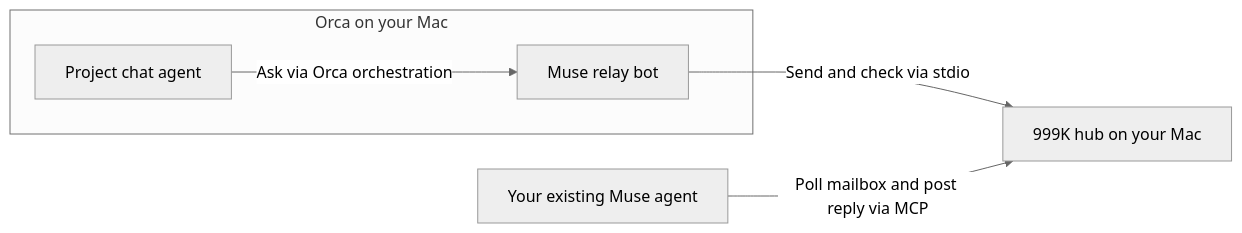
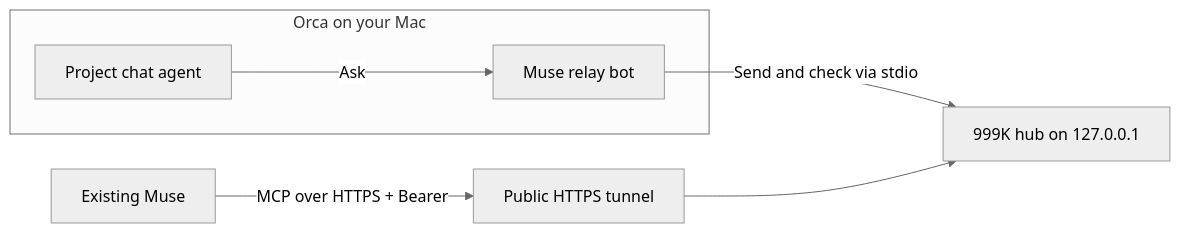
One commit to lazy9sascha/999k changed the diagram in README.md. Above: the diagram before and after it, drawn with Mermaid (neutral theme). The commit also changed other lines of this file and 93 other files, not shown here.

Commit message:
Integrate peer-specific Orca onboarding and one-time mailbox pairing

````diff
--- a/README.md
+++ b/README.md
@@ -32,10 +32,11 @@
 ```mermaid
 flowchart LR
     subgraph Orca["Orca on your Mac"]
         Chat["Project chat agent"]
         Bot["Muse relay bot"]
-        Chat -->|Ask via Orca orchestration| Bot
+        Chat -->|Ask| Bot
     end
-    Bot -->|Send and check via stdio| Hub["999K hub on your Mac"]
-    Muse["Your existing Muse agent"] -->|Poll mailbox and post reply via MCP| Hub
+    Bot -->|Send and check via stdio| Hub["999K hub on 127.0.0.1"]
+    Muse["Existing Muse"] -->|MCP over HTTPS + Bearer| Tunnel["Public HTTPS tunnel"]
+    Tunnel --> Hub
 ```
````
